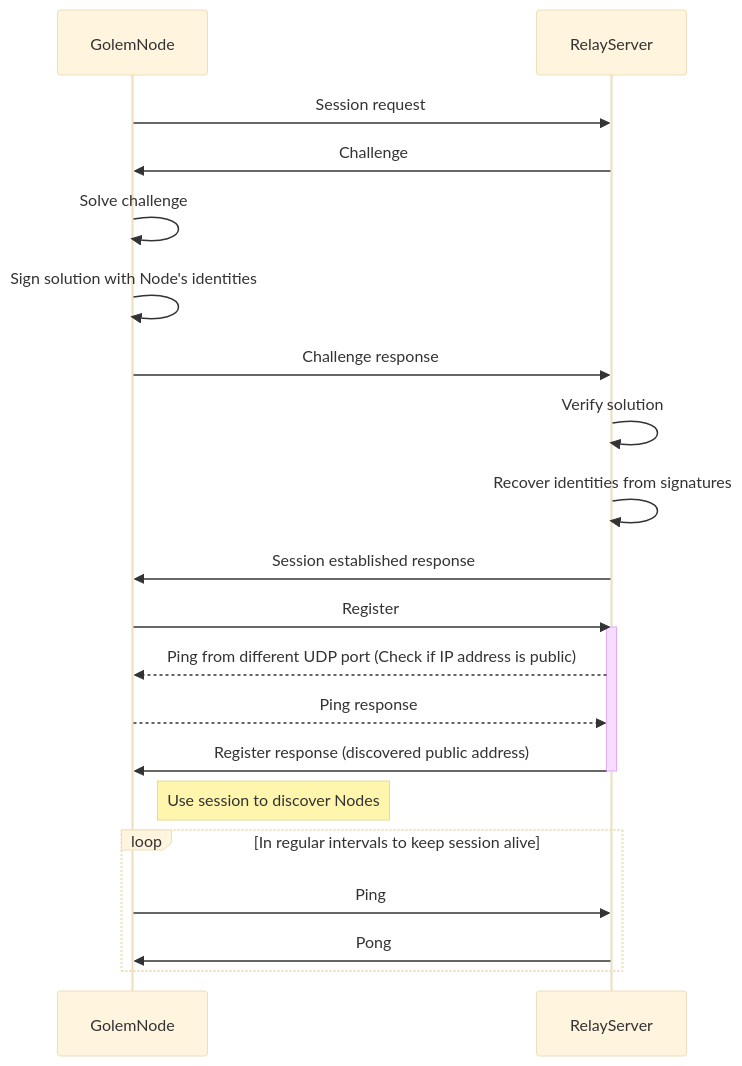
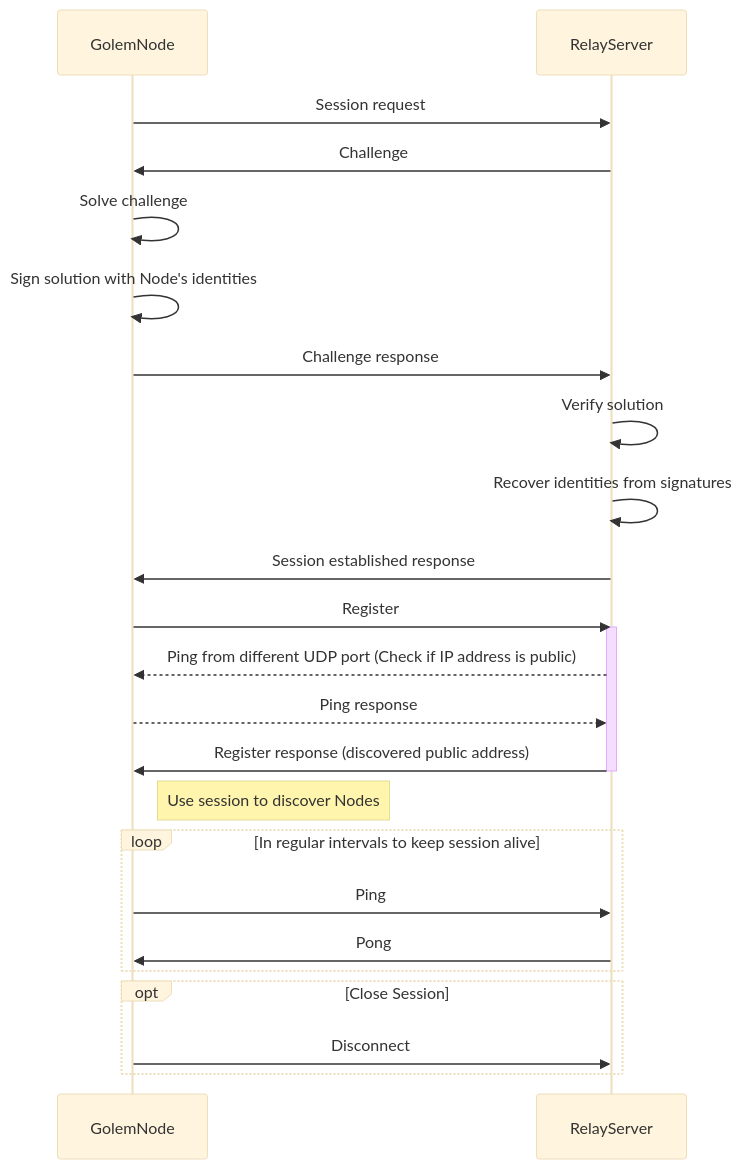
One commit to golemfactory/golem-architecture changed the sixth of 8 diagrams in arch-snapshot/arch.md. Above: the diagram before and after it, drawn with Mermaid (base theme). The commit also changed other lines of this file, not shown here.

````diff
--- a/arch-snapshot/arch.md
+++ b/arch-snapshot/arch.md
@@ -594,27 +624,31 @@
 ```mermaid
 sequenceDiagram
     participant GolemNode
     participant RelayServer
     
     GolemNode->>RelayServer: Session request
     RelayServer->>GolemNode: Challenge
     GolemNode->>GolemNode: Solve challenge
     GolemNode->>GolemNode: Sign solution with Node's identities
     GolemNode->>RelayServer: Challenge response
     RelayServer->>RelayServer: Verify solution
     RelayServer->>RelayServer: Recover identities from signatures
     RelayServer->>GolemNode: Session established response
     GolemNode->>RelayServer: Register
     activate RelayServer
     RelayServer-->>GolemNode: Ping from different UDP port (Check if IP address is public)
     GolemNode-->>RelayServer: Ping response
     RelayServer->>GolemNode: Register response (discovered public address)
     deactivate RelayServer
 
     Note right of GolemNode: Use session to discover Nodes 
 
     loop In regular intervals to keep session alive
         GolemNode->>RelayServer: Ping
         RelayServer->>GolemNode: Pong
     end
+    
+    opt Close Session
+        GolemNode->>RelayServer: Disconnect
+    end
 ```
````
